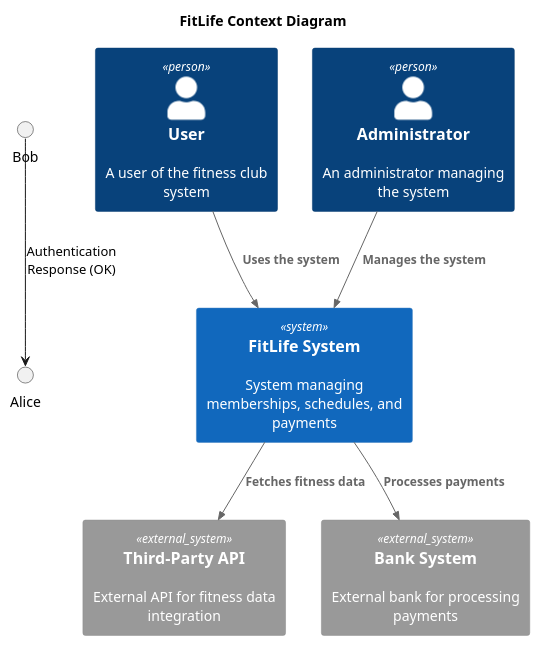
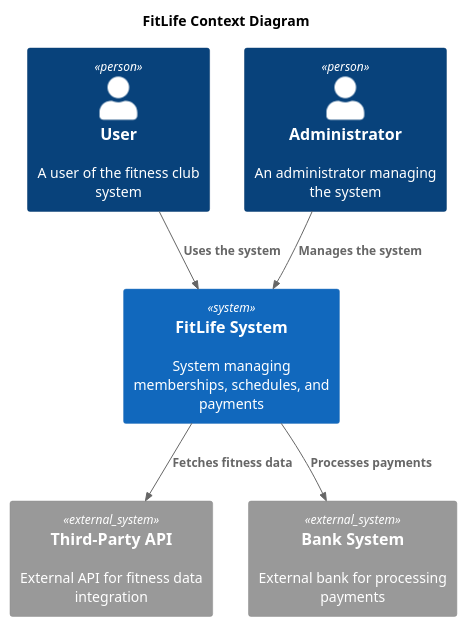
One commit to butenromayandex/Fit-Life changed the diagram in diagrams/context/FitLife_Context.puml. Above: the diagram before and after it, drawn with PlantUML.

```diff
--- a/diagrams/context/FitLife_Context.puml
+++ b/diagrams/context/FitLife_Context.puml
@@ -1,22 +1,22 @@
 @startuml
-Bob --> Alice: Authentication Response (OK)
+
 title FitLife Context Diagram
 
 top to bottom direction
 
-!includeurl https://raw.githubusercontent.com/RicardoNiepel/C4-PlantUML/master/C4_Component.puml
-'!include ./../c4/C4_Context.puml
+'!includeurl https://raw.githubusercontent.com/RicardoNiepel/C4-PlantUML/master/C4_Component.puml
+!include ./../c4/C4_Context.puml
 
 Person(user, "User", "A user of the fitness club system")
 Person(admin, "Administrator", "An administrator managing the system")
 System(FitLifeSystem, "FitLife System", "System managing memberships, schedules, and payments")
 
 System_Ext(api, "Third-Party API", "External API for fitness data integration")
 System_Ext(bank, "Bank System", "External bank for processing payments")
 
 Rel(user, FitLifeSystem, "Uses the system")
-Rel(admin,FitLifeSystem,"Manages the system")
-Rel(FitLifeSystem,api,"Fetches fitness data")
-Rel(FitLifeSystem,bank,"Processes payments")
+Rel(admin,FitLifeSystem, "Manages the system")
+Rel(FitLifeSystem,api, "Fetches fitness data")
+Rel(FitLifeSystem,bank, "Processes payments")
 
 @enduml
```
